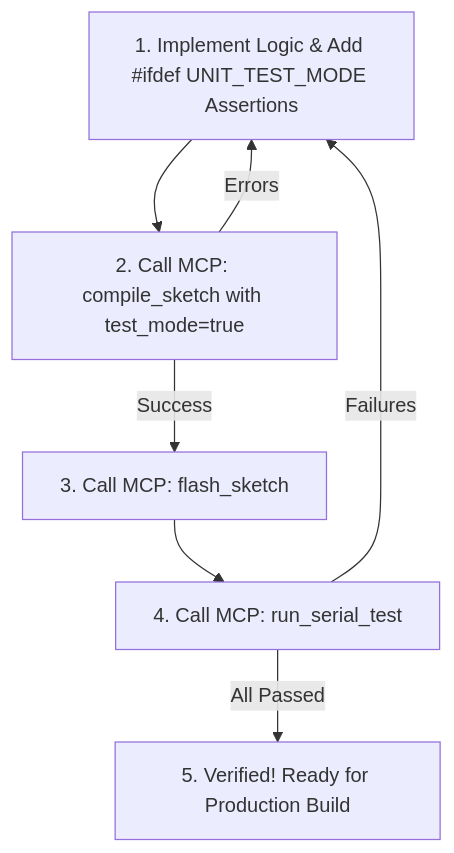
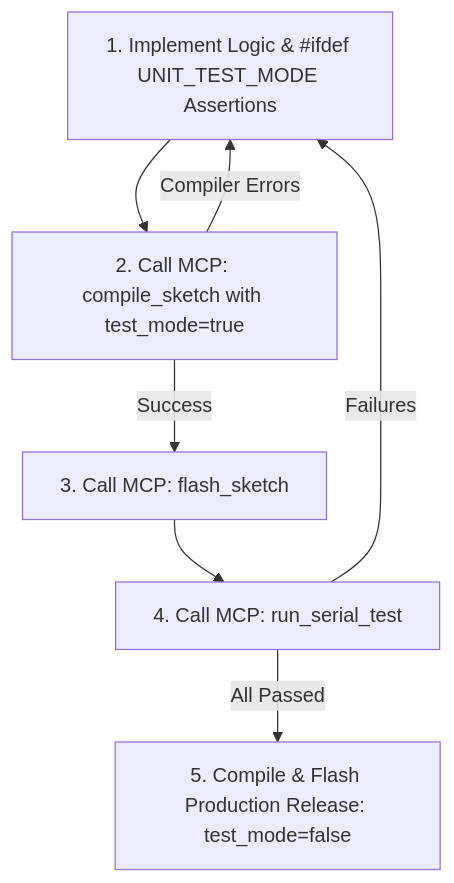
Before and after one commit to the-biKing/Thruster: the diagram in templates/skills/mcu-agentic-tdd/SKILL.md, drawn with Mermaid. The commit also changed other lines of this file and 10 other files, not shown here.

````diff
--- a/templates/skills/mcu-agentic-tdd/SKILL.md
+++ b/templates/skills/mcu-agentic-tdd/SKILL.md
@@ -42,9 +89,9 @@
 ```mermaid
 graph TD
-    A[1. Implement Logic & Add #ifdef UNIT_TEST_MODE Assertions] --> B[2. Call MCP: compile_sketch with test_mode=true]
-    B -->|Errors| A
+    A[1. Implement Logic & #ifdef UNIT_TEST_MODE Assertions] --> B[2. Call MCP: compile_sketch with test_mode=true]
+    B -->|Compiler Errors| A
     B -->|Success| C[3. Call MCP: flash_sketch]
     C --> D[4. Call MCP: run_serial_test]
     D -->|Failures| A
-    D -->|All Passed| E[5. Verified! Ready for Production Build]
+    D -->|All Passed| E[5. Compile & Flash Production Release: test_mode=false]
 ```
````
